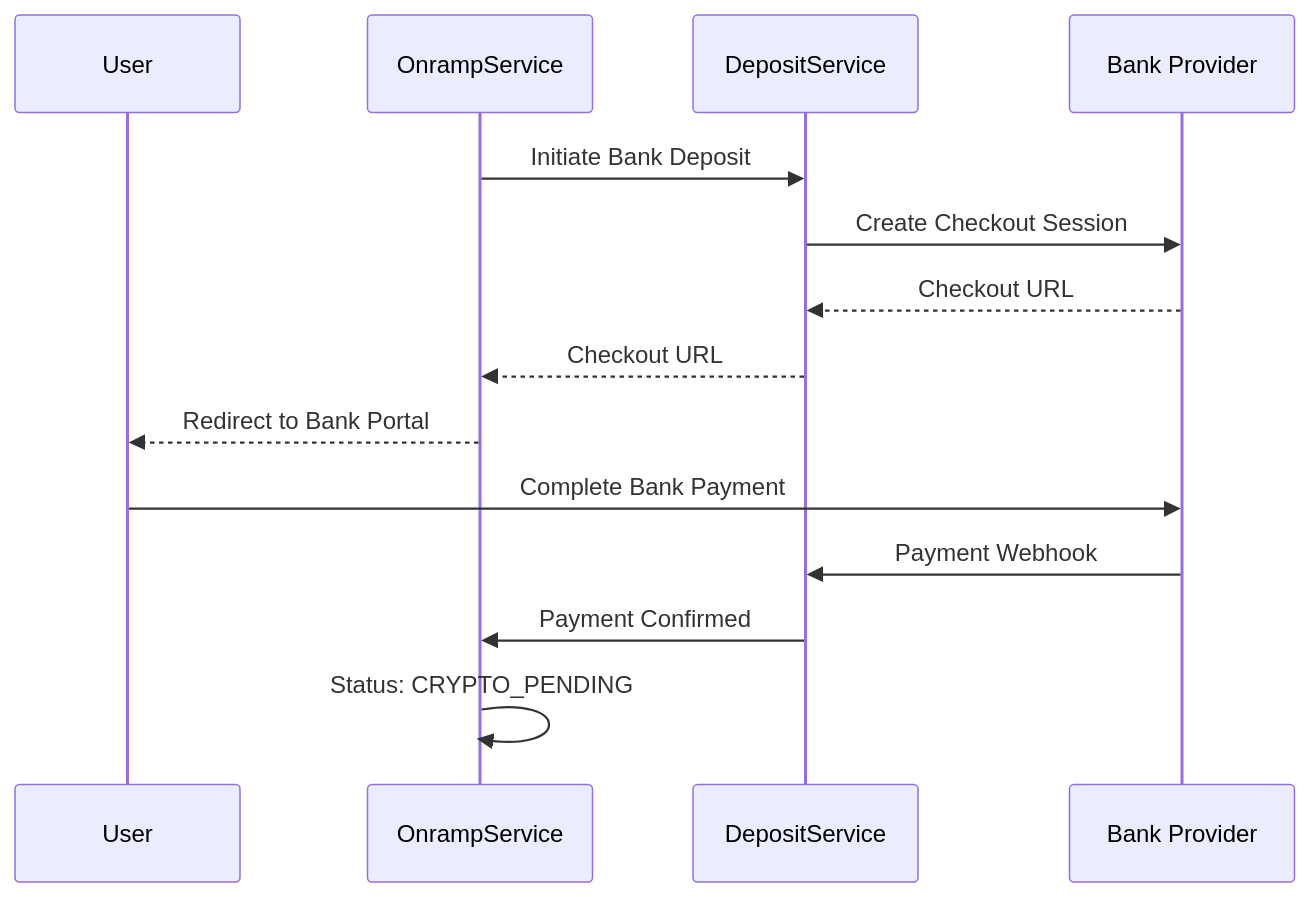
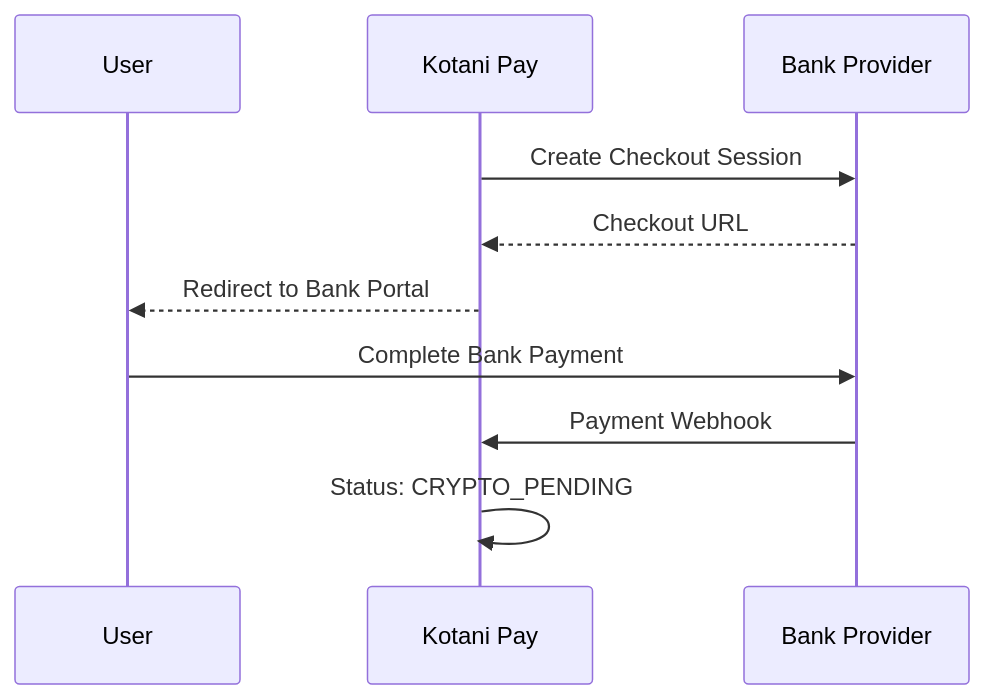
Before and after one commit to john-muinde/docs: the third of 9 diagrams in v3/flows/onramp-flow.mdx, drawn with Mermaid. The commit also changed other lines of this file and 5 other files, not shown here.

````diff
--- a/v3/flows/onramp-flow.mdx
+++ b/v3/flows/onramp-flow.mdx
@@ -69,18 +62,14 @@
 ```mermaid
 sequenceDiagram
     participant User
-    participant OnrampService
-    participant DepositService
-    participant Provider as Bank Provider
+    participant Kotani Pay
+    participant Bank as Bank Provider
 
-    OnrampService->>DepositService: Initiate Bank Deposit
-    DepositService->>Provider: Create Checkout Session
-    Provider-->>DepositService: Checkout URL
-    DepositService-->>OnrampService: Checkout URL
-    OnrampService-->>User: Redirect to Bank Portal
+    Kotani Pay->>Bank: Create Checkout Session
+    Bank-->>Kotani Pay: Checkout URL
+    Kotani Pay-->>User: Redirect to Bank Portal
 
-    User->>Provider: Complete Bank Payment
-    Provider->>DepositService: Payment Webhook
-    DepositService->>OnrampService: Payment Confirmed
-    OnrampService->>OnrampService: Status: CRYPTO_PENDING
+    User->>Bank: Complete Bank Payment
+    Bank->>Kotani Pay: Payment Webhook
+    Kotani Pay->>Kotani Pay: Status: CRYPTO_PENDING
 ```
````
